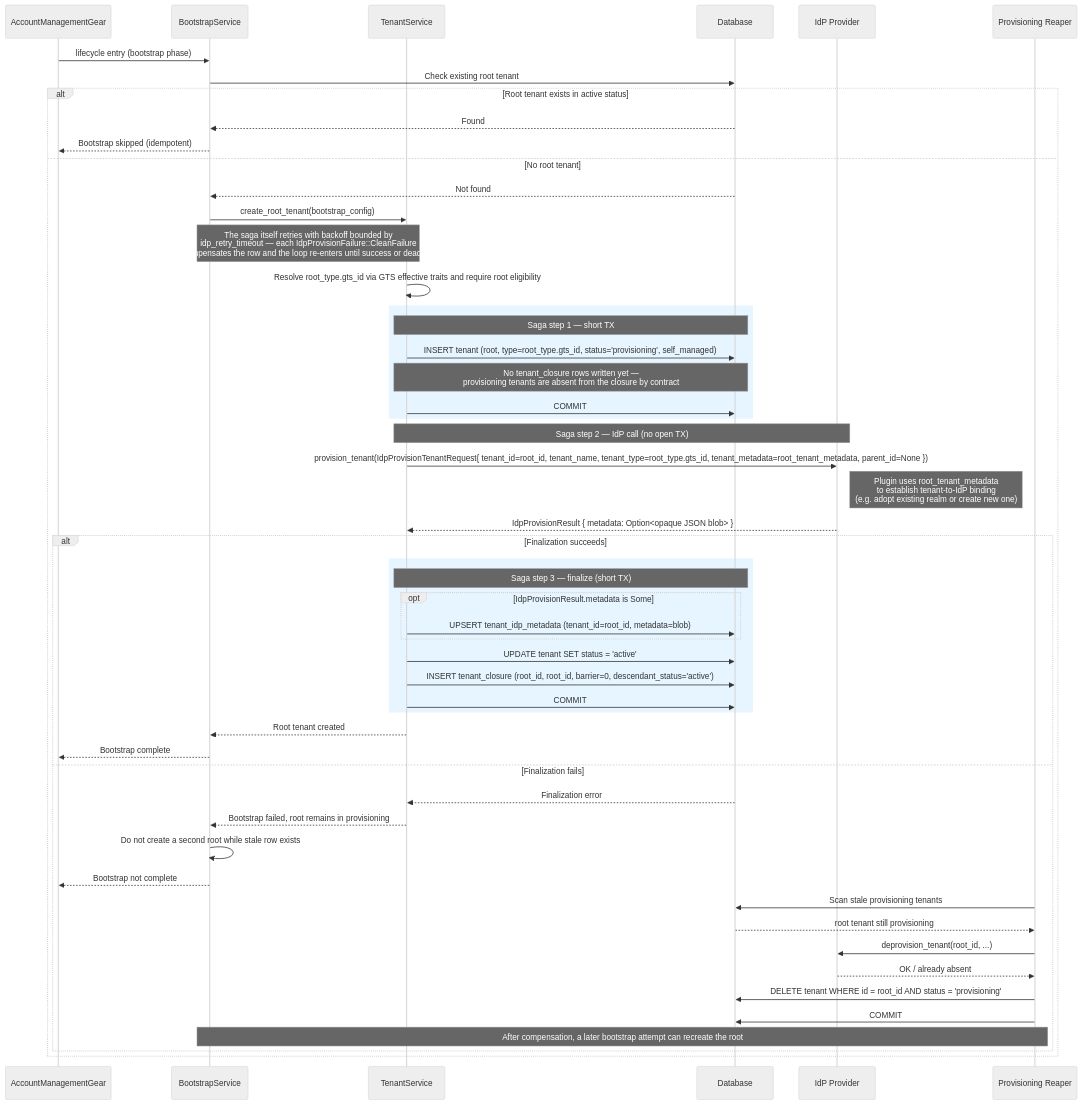
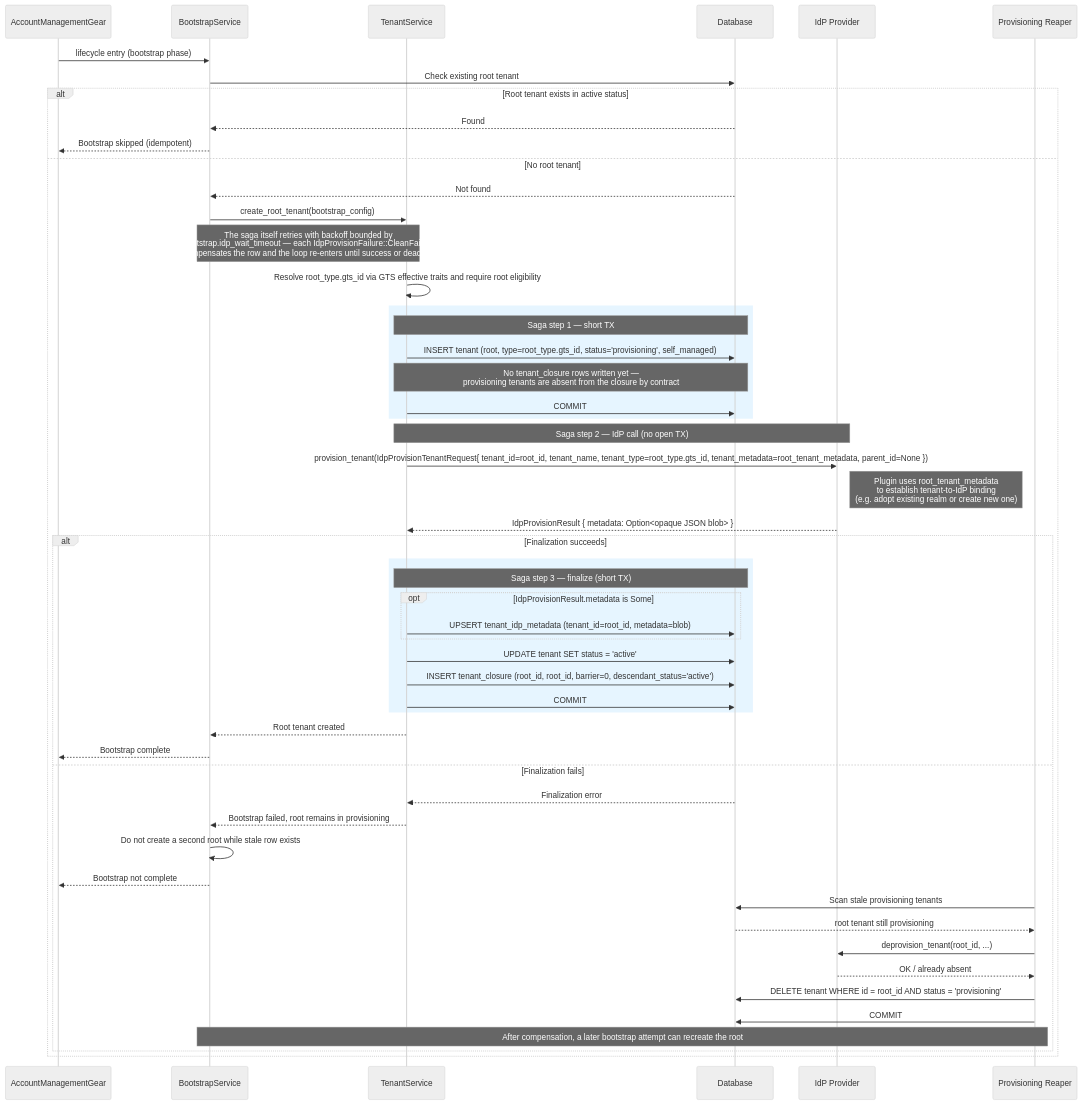
The fourth of 9 diagrams in gears/system/account-management/docs/DESIGN.md (Andrei-Iliushin-Constructor/gears-rust), drawn with Mermaid (neutral theme) before and after one commit. The commit also changed other lines of this file and 6 other files, not shown here.

````diff
--- a/gears/system/account-management/docs/DESIGN.md
+++ b/gears/system/account-management/docs/DESIGN.md
@@ -959,56 +959,56 @@
 ```mermaid
 sequenceDiagram
     participant AM as AccountManagementGear
     participant BS as BootstrapService
     participant TS as TenantService
     participant DB as Database
     participant IDP as IdP Provider
     participant PR as Provisioning Reaper
 
     AM->>BS: lifecycle entry (bootstrap phase)
     BS->>DB: Check existing root tenant
     alt Root tenant exists in active status
         DB-->>BS: Found
         BS-->>AM: Bootstrap skipped (idempotent)
     else No root tenant
         DB-->>BS: Not found
         BS->>TS: create_root_tenant(bootstrap_config)
-        Note over BS,TS: The saga itself retries with backoff bounded by<br/>idp_retry_timeout — each IdpProvisionFailure::CleanFailure<br/>compensates the row and the loop re-enters until success or deadline
+        Note over BS,TS: The saga itself retries with backoff bounded by<br/>bootstrap.idp_wait_timeout — each IdpProvisionFailure::CleanFailure<br/>compensates the row and the loop re-enters until success or deadline
         TS->>TS: Resolve root_type.gts_id via GTS effective traits and require root eligibility
         rect rgb(230, 245, 255)
             Note over TS,DB: Saga step 1 — short TX
             TS->>DB: INSERT tenant (root, type=root_type.gts_id, status='provisioning', self_managed)
             Note over TS,DB: No tenant_closure rows written yet —<br/>provisioning tenants are absent from the closure by contract
             TS->>DB: COMMIT
         end
         Note over TS,IDP: Saga step 2 — IdP call (no open TX)
         TS->>IDP: provision_tenant(IdpProvisionTenantRequest{ tenant_id=root_id, tenant_name, tenant_type=root_type.gts_id, tenant_metadata=root_tenant_metadata, parent_id=None })
         Note right of IDP: Plugin uses root_tenant_metadata<br/>to establish tenant-to-IdP binding<br/>(e.g. adopt existing realm or create new one)
         IDP-->>TS: IdpProvisionResult { metadata: Option<opaque JSON blob> }
         alt Finalization succeeds
             rect rgb(230, 245, 255)
                 Note over TS,DB: Saga step 3 — finalize (short TX)
                 opt IdpProvisionResult.metadata is Some
                     TS->>DB: UPSERT tenant_idp_metadata (tenant_id=root_id, metadata=blob)
                 end
                 TS->>DB: UPDATE tenant SET status = 'active'
                 TS->>DB: INSERT tenant_closure (root_id, root_id, barrier=0, descendant_status='active')
                 TS->>DB: COMMIT
             end
             TS-->>BS: Root tenant created
             BS-->>AM: Bootstrap complete
         else Finalization fails
             DB-->>TS: Finalization error
             TS-->>BS: Bootstrap failed, root remains in provisioning
             BS->>BS: Do not create a second root while stale row exists
             BS-->>AM: Bootstrap not complete
             PR->>DB: Scan stale provisioning tenants
             DB-->>PR: root tenant still provisioning
             PR->>IDP: deprovision_tenant(root_id, ...)
             IDP-->>PR: OK / already absent
             PR->>DB: DELETE tenant WHERE id = root_id AND status = 'provisioning'
             PR->>DB: COMMIT
             Note over BS,PR: After compensation, a later bootstrap attempt can recreate the root
         end
     end
 ```
````
